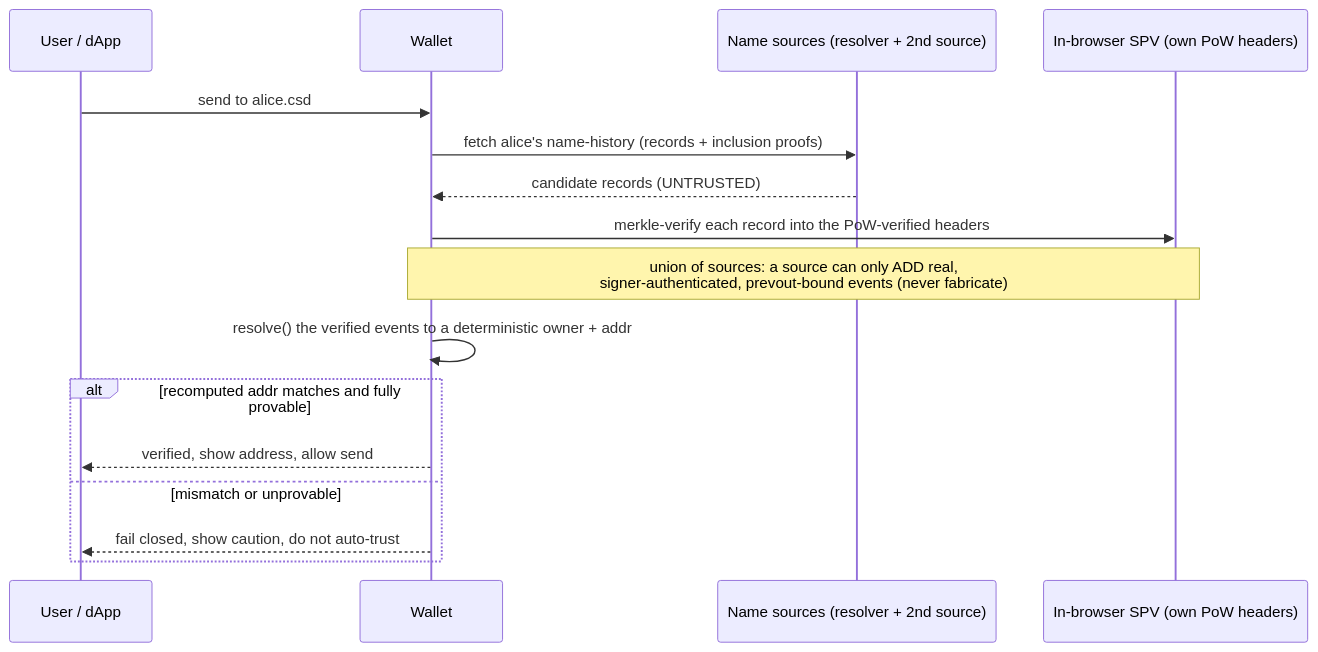
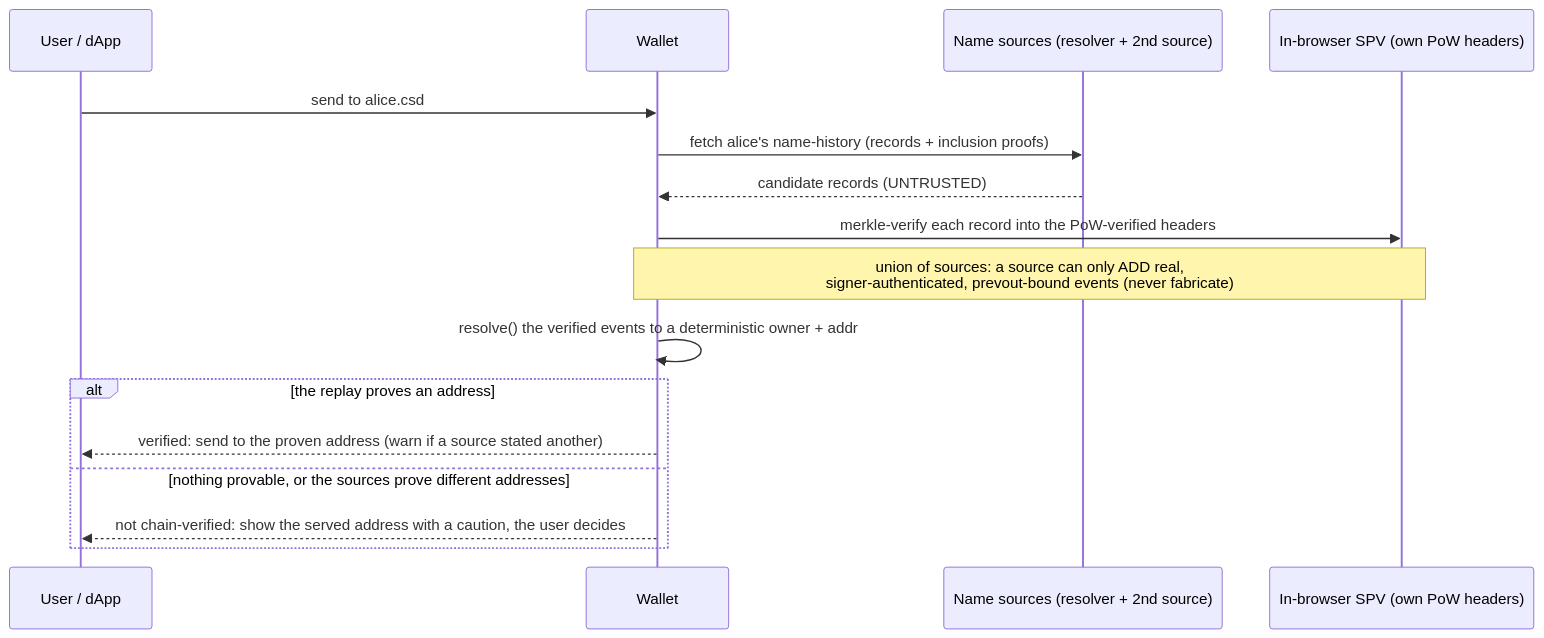
One commit to InverseAltruism/csd-sdk changed the third of 4 diagrams in packages/cairnx/README.md. Above: the diagram before and after it, drawn with Mermaid. The commit also changed other lines of this file and 1 other file, not shown here.

First line of the commit message:
cairnx-core README: a disagreeing name source is a warning, not a refusal (C-A2-05)

````diff
--- a/packages/cairnx/README.md
+++ b/packages/cairnx/README.md
@@ -150,18 +150,18 @@
 ```mermaid
 sequenceDiagram
   participant U as User / dApp
   participant Wallet
   participant Sources as Name sources (resolver + 2nd source)
   participant SPV as In-browser SPV (own PoW headers)
   U->>Wallet: send to alice.csd
   Wallet->>Sources: fetch alice's name-history (records + inclusion proofs)
   Sources-->>Wallet: candidate records (UNTRUSTED)
   Wallet->>SPV: merkle-verify each record into the PoW-verified headers
   Note over Wallet,SPV: union of sources: a source can only ADD real,<br/>signer-authenticated, prevout-bound events (never fabricate)
   Wallet->>Wallet: resolve() the verified events to a deterministic owner + addr
-  alt recomputed addr matches and fully provable
-    Wallet-->>U: verified, show address, allow send
-  else mismatch or unprovable
-    Wallet-->>U: fail closed, show caution, do not auto-trust
+  alt the replay proves an address
+    Wallet-->>U: verified: send to the proven address (warn if a source stated another)
+  else nothing provable, or the sources prove different addresses
+    Wallet-->>U: not chain-verified: show the served address with a caution, the user decides
   end
 ```
````
